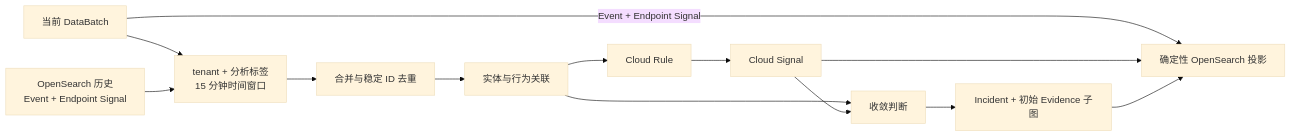
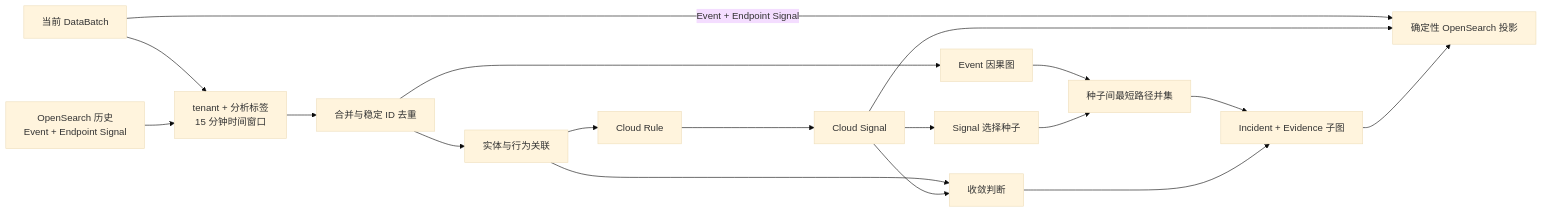
Before and after one commit to PKU-ASAL/sysarmor: the third of 3 diagrams in docs/architecture.md, drawn with Mermaid (base theme). The commit also changed other lines of this file and 3 other files, not shown here.

````diff
--- a/docs/architecture.md
+++ b/docs/architecture.md
@@ -122,15 +123,20 @@
 ```mermaid
 flowchart LR
   Current["当前 DataBatch"] --> Scope["tenant + 分析标签<br/>15 分钟时间窗口"]
   History["OpenSearch 历史<br/>Event + Endpoint Signal"] --> Scope
   Scope --> Merge["合并与稳定 ID 去重"]
   Merge --> Correlate["实体与行为关联"]
   Correlate --> CloudRules["Cloud Rule"]
   CloudRules --> CloudSignal["Cloud Signal"]
+  Merge --> EventGraph["Event 因果图"]
+  CloudSignal --> Seeds["Signal 选择种子"]
+  EventGraph --> Evidence["种子间最短路径并集"]
+  Seeds --> Evidence
   Correlate --> Converge["收敛判断"]
   CloudSignal --> Converge
-  Converge --> Incident["Incident + 初始 Evidence 子图"]
+  Evidence --> Incident["Incident + Evidence 子图"]
+  Converge --> Incident
   Current -->|"Event + Endpoint Signal"| Projection["确定性 OpenSearch 投影"]
   CloudSignal --> Projection
   Incident --> Projection
 ```
````
